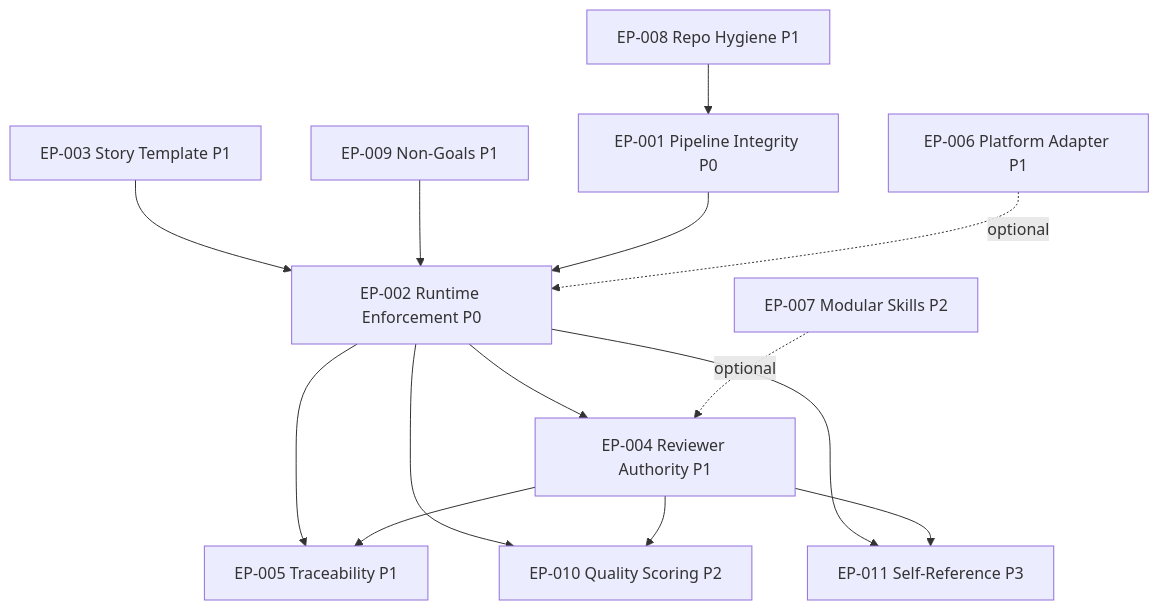
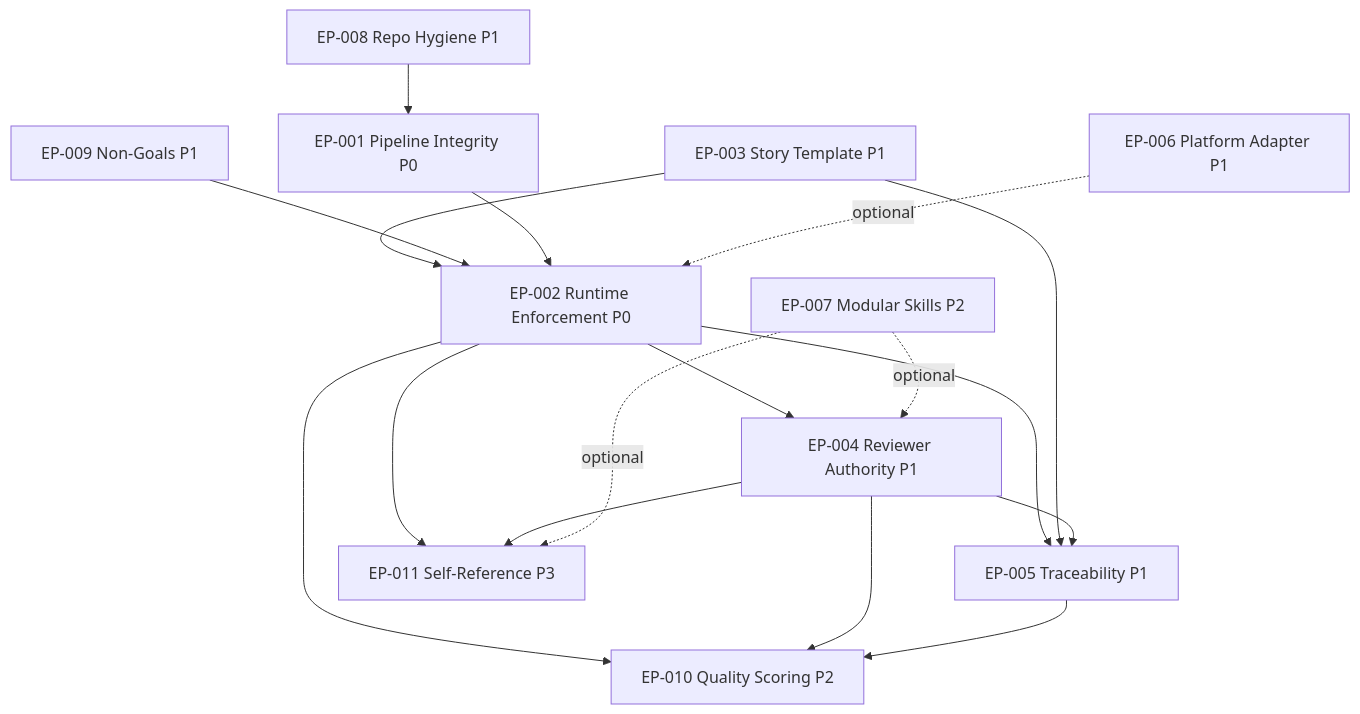
The diagram in planning/epics/index.md (samibel/scrum_workflow), drawn with Mermaid before and after one commit. The commit also changed 2 other files, not shown here.

Commit message:
docs(planning): address gemini-code-assist review feedback
- EP-007: replace gpt-tokenizer with @anthropic-ai/tokenizer (Claude-native)
- EP-002: add EP-009 (positioning/ADRs) to upstream dependencies
- index.md: add missing dependency edges in Mermaid graph
  (EP-003->EP-005, EP-005->EP-010, EP-007 optional -> EP-011)

https://claude.ai/code/session_01Wu8yVt6fd6ZHfRgyjxFDk9

````diff
--- a/planning/epics/index.md
+++ b/planning/epics/index.md
@@ -92,28 +92,31 @@
 ```mermaid
 graph TD
   EP001[EP-001 Pipeline Integrity P0]
   EP002[EP-002 Runtime Enforcement P0]
   EP003[EP-003 Story Template P1]
   EP004[EP-004 Reviewer Authority P1]
   EP005[EP-005 Traceability P1]
   EP006[EP-006 Platform Adapter P1]
   EP007[EP-007 Modular Skills P2]
   EP008[EP-008 Repo Hygiene P1]
   EP009[EP-009 Non-Goals P1]
   EP010[EP-010 Quality Scoring P2]
   EP011[EP-011 Self-Reference P3]
 
   EP008 --> EP001
   EP003 --> EP002
   EP009 --> EP002
   EP001 --> EP002
   EP002 --> EP004
   EP002 --> EP005
+  EP003 --> EP005
   EP004 --> EP005
   EP002 --> EP010
   EP004 --> EP010
+  EP005 --> EP010
   EP002 --> EP011
   EP004 --> EP011
   EP006 -.optional.-> EP002
   EP007 -.optional.-> EP004
+  EP007 -.optional.-> EP011
 ```
````
